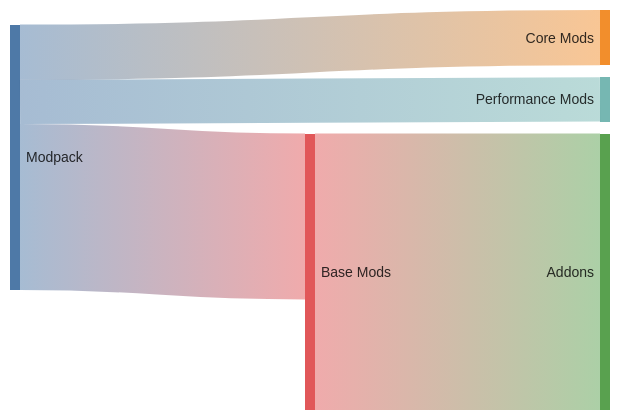
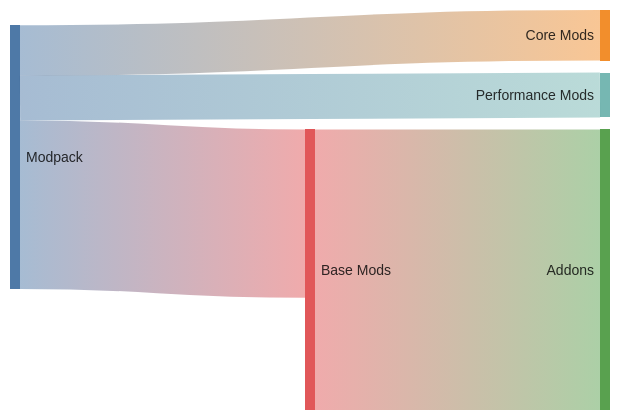
Before and after one commit to v-Kaefer/Supreme-Adventures-Modpack: the second of 2 diagrams in README.md, drawn with Mermaid. The commit also changed other lines of this file and 18 other files, not shown here.

````diff
--- a/README.md
+++ b/README.md
@@ -39,12 +43,12 @@
 ```mermaid
 ---
 config:
   sankey:
     showValues: false
 ---
 sankey-beta
-Modpack,Core Mods,10
+Modpack,Core Mods,9
 Modpack,Base Mods,30
 Modpack,Performance Mods,8
 Base Mods,Addons,50
 ```
````
